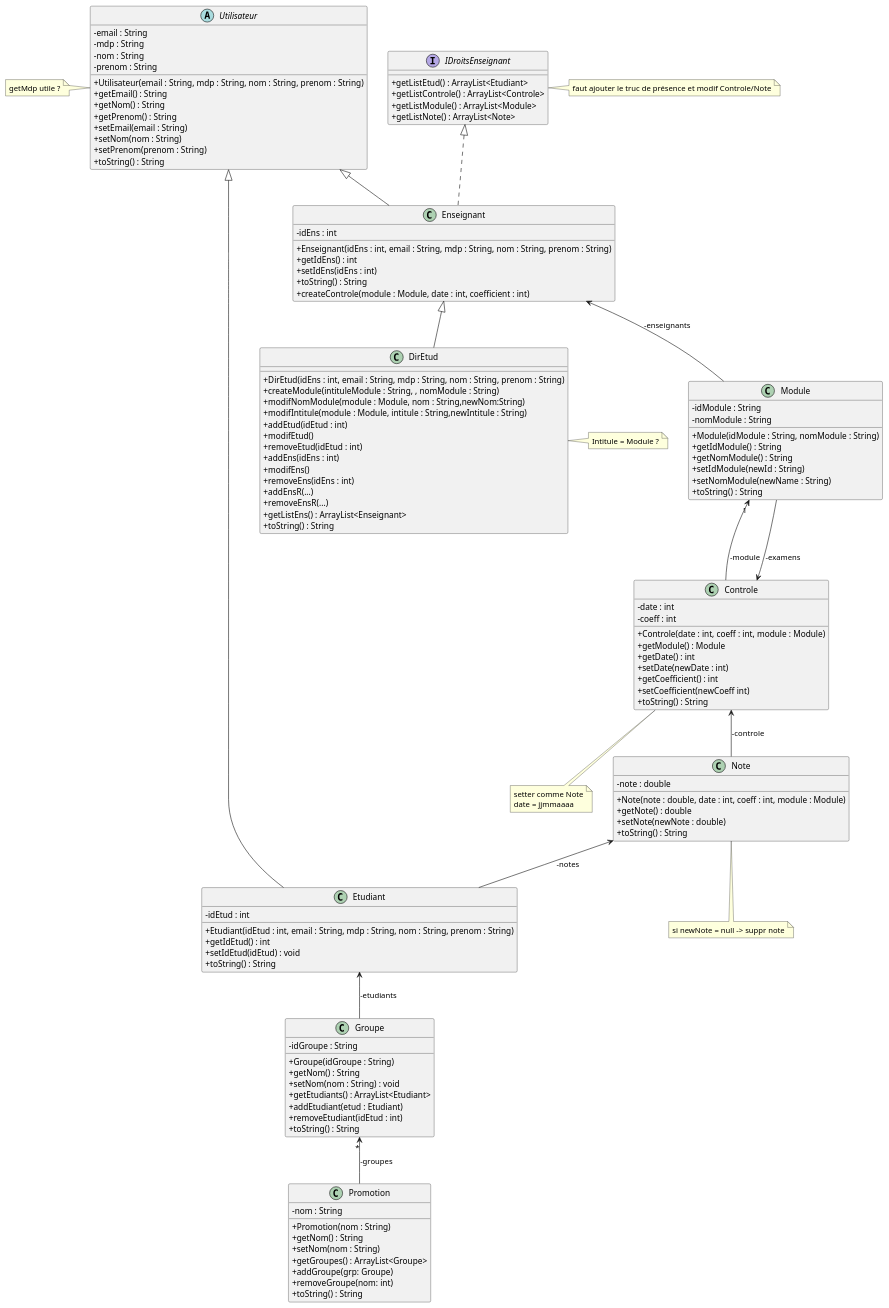
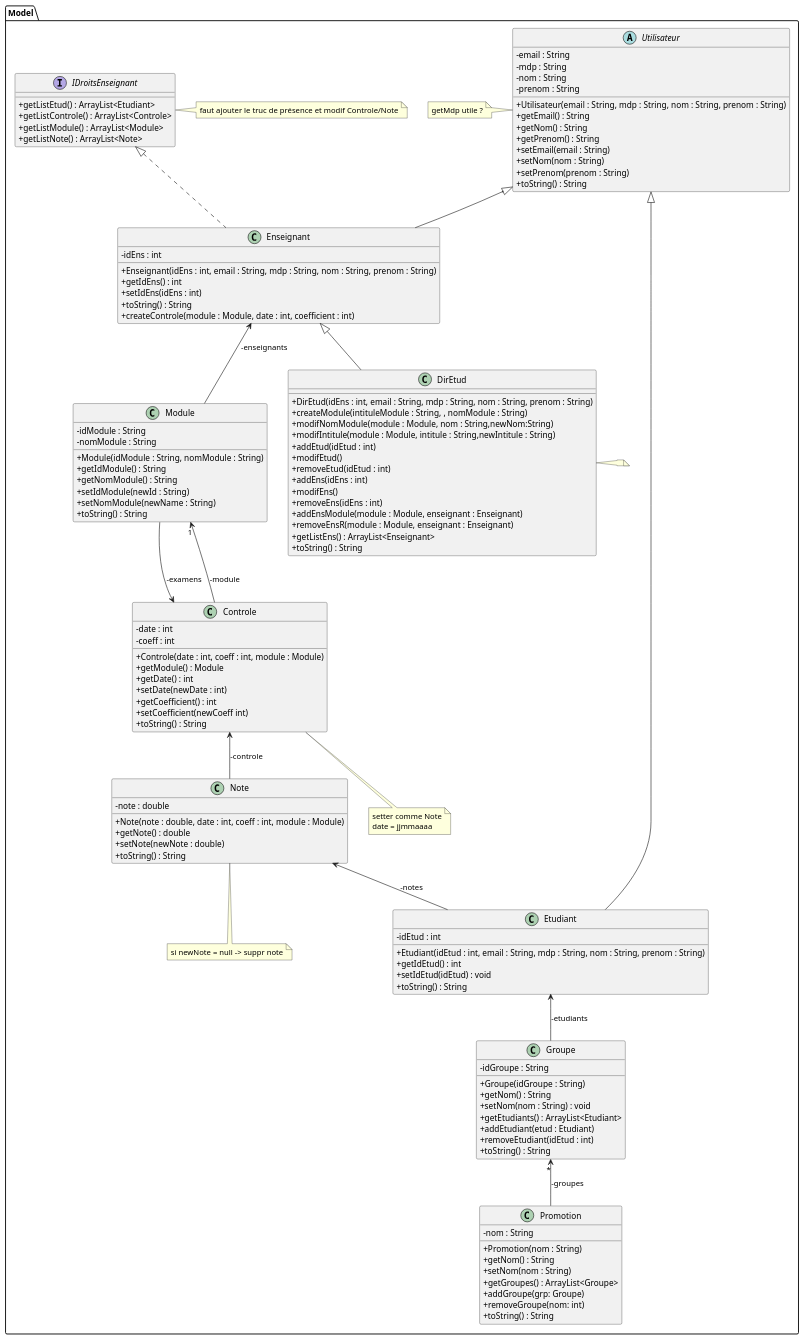
Before and after one commit to Lohasta/Kallax: the diagram in s201_UML.md, drawn with PlantUML.

Commit message:
added package and some changes to s201_UML.md

```diff
--- a/s201_UML.md
+++ b/s201_UML.md
@@ -1,5 +1,9 @@
 @startuml
 skinparam classAttributeIconSize 0
+
+package Model{
+
+
 abstract class Utilisateur{
 -email : String
 -mdp : String
@@ -53,13 +57,13 @@
 +addEns(idEns : int)
 +modifEns()
 +removeEns(idEns : int)
-+addEnsR(...)
-+removeEnsR(...)
++addEnsModule(module : Module, enseignant : Enseignant)
++removeEnsR(module : Module, enseignant : Enseignant)
 +getListEns() : ArrayList<Enseignant>
 +toString() : String
 }
 note right of DirEtud{
-Intitule = Module ?
+
 }
 +class Module{
 -idModule : String
@@ -127,4 +131,6 @@
 Controle " " <-- Note : -controle
 Utilisateur <|-- Enseignant
 Enseignant <|-- DirEtud
+
+}
 @enduml
```
